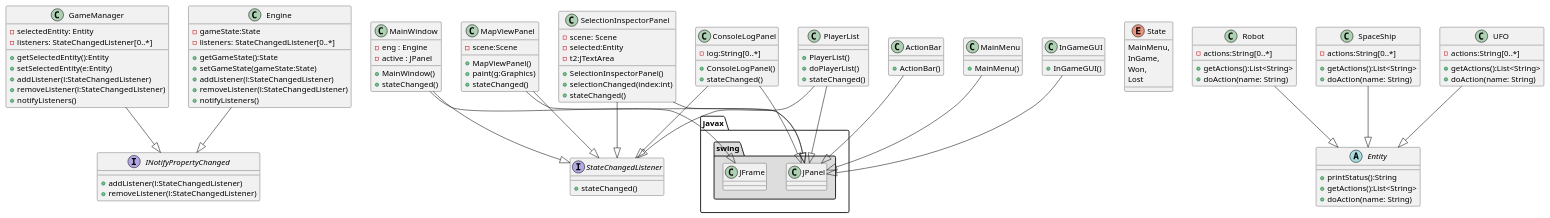
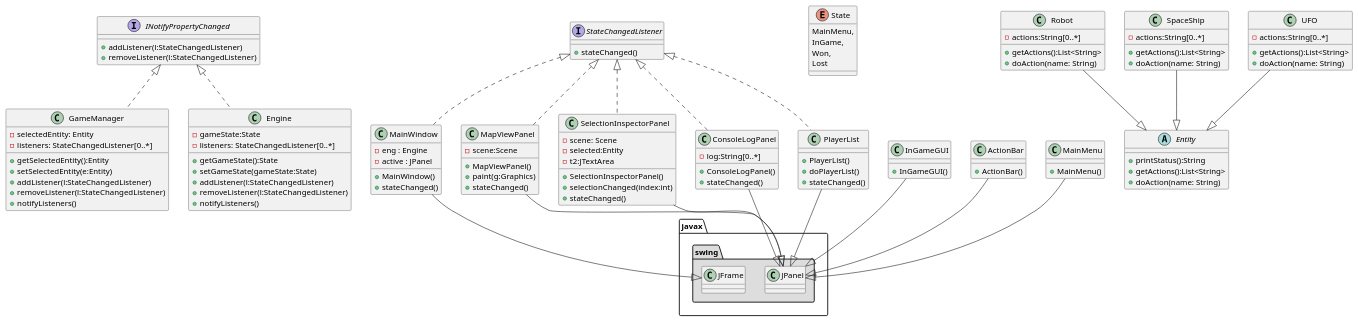
One commit to viseguard-studios/Documentation changed the diagram in docs/bead11/class_diag.puml. Above: the diagram before and after it, drawn with PlantUML.

Commit message:
Changed to implement interfaces

```diff
--- a/docs/bead11/class_diag.puml
+++ b/docs/bead11/class_diag.puml
@@ -1,153 +1,154 @@
 @startuml
 
 package "javax.swing"#DDDDDD{
 
     class JFrame{
     }
     class JPanel {
         
     }
 }
 
 interface INotifyPropertyChanged {
 
     +  addListener(l:StateChangedListener)
     +  removeListener(l:StateChangedListener)
 }
 
 interface StateChangedListener{
     +  stateChanged()
 }
 
-class MainWindow{
+class MainWindow implements StateChangedListener
+{
     - eng : Engine
     - active : JPanel
 
     + MainWindow()
     + stateChanged()    
 }
 MainWindow --|> JFrame
-MainWindow --|> StateChangedListener
 
 class InGameGUI {
     + InGameGUI()
 }
 InGameGUI --|> JPanel
 
 
-class MapViewPanel {
+class MapViewPanel implements StateChangedListener
+{
     -scene:Scene
     +MapViewPanel()
     +paint(g:Graphics)
     +stateChanged()
 }
-MapViewPanel --|> StateChangedListener
 MapViewPanel --|> JPanel
 
-class SelectionInspectorPanel  {
+class SelectionInspectorPanel implements StateChangedListener
+{
     - scene: Scene
     - selected:Entity 
     - t2:JTextArea 
 
     + SelectionInspectorPanel() 
     + selectionChanged(index:int)
     + stateChanged() 
 }
-SelectionInspectorPanel --|> StateChangedListener
 SelectionInspectorPanel --|> JPanel
 
 class ActionBar{
     +ActionBar()
 }
 ActionBar --|>JPanel
 
-class ConsoleLogPanel{
+class ConsoleLogPanel implements StateChangedListener
+{
     - log:String[0..*] 
 
     + ConsoleLogPanel()
     + stateChanged()
 }
 ConsoleLogPanel --|>JPanel
-ConsoleLogPanel --|>StateChangedListener
 
 
-class PlayerList {
+class PlayerList implements StateChangedListener
+{
 
     +PlayerList()
     +doPlayerList()
     +stateChanged()
 }
 PlayerList --|>JPanel
-PlayerList --|>StateChangedListener
 
 
  class MainMenu{
 
     + MainMenu()
 }
 MainMenu--|>JPanel
 
 
-class GameManager {
+class GameManager  implements INotifyPropertyChanged
+{
     - selectedEntity: Entity
     - listeners: StateChangedListener[0..*] 
 
     + getSelectedEntity():Entity
     + setSelectedEntity(e:Entity)
     + addListener(l:StateChangedListener) 
     + removeListener(l:StateChangedListener)
     + notifyListeners()
 }
-GameManager --|> INotifyPropertyChanged
 
 
 enum State{
     MainMenu,
     InGame,
     Won,
     Lost
 }
 
-class Engine  {
+class Engine implements INotifyPropertyChanged
+{
     - gameState:State 
     - listeners: StateChangedListener[0..*] 
 
     + getGameState():State 
     + setGameState(gameState:State) 
     + addListener(l:StateChangedListener) 
     + removeListener(l:StateChangedListener) 
     + notifyListeners()
 }
-Engine --|> INotifyPropertyChanged
+
 
 abstract class Entity {
     + printStatus():String
     + getActions():List<String>
     + doAction(name: String)
 }
 
  class Robot {
     -actions:String[0..*]
     + getActions():List<String>
     + doAction(name: String)
 }
 Robot --|> Entity
 
  class SpaceShip {
     -actions:String[0..*]
     + getActions():List<String>
     + doAction(name: String)
 }
  SpaceShip--|> Entity
 
 class UFO {
     -actions:String[0..*]
     + getActions():List<String>
     + doAction(name: String)
 }
  UFO--|> Entity
 
 
 
 
 @enduml
```
